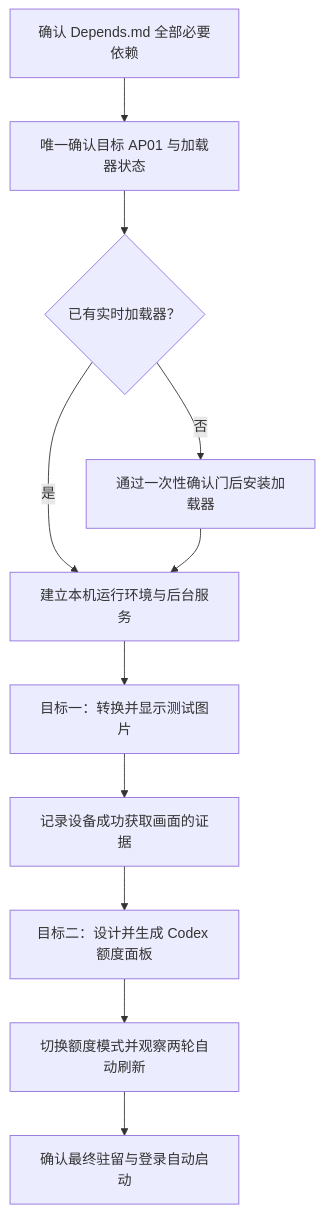
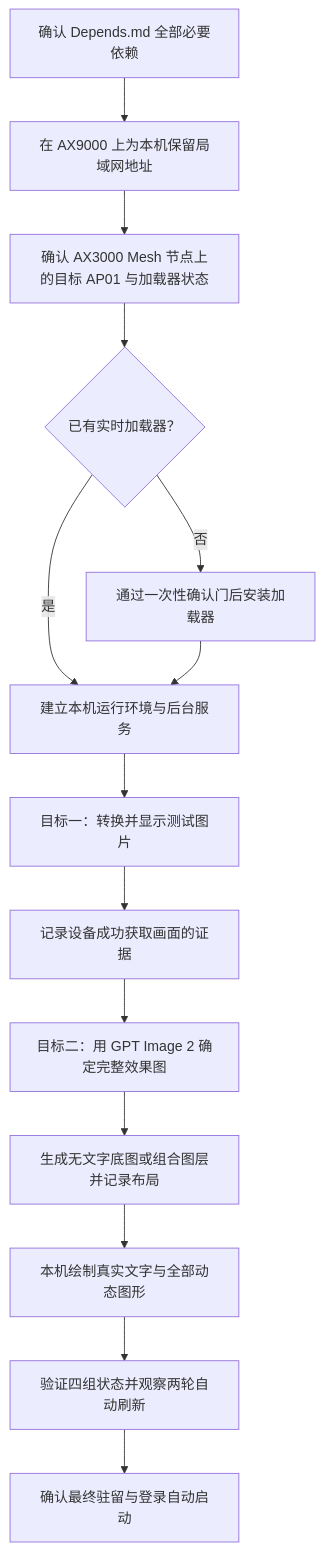
The diagram in Goal.md (andy-JustSayWhen/cuktech-screen-controller), drawn with Mermaid before and after one commit. The commit also changed other lines of this file and 1 other file, not shown here.

````diff
--- a/Goal.md
+++ b/Goal.md
@@ -73,13 +100,16 @@
 ```mermaid
 flowchart TD
-    A["确认 Depends.md 全部必要依赖"] --> B["唯一确认目标 AP01 与加载器状态"]
+    A["确认 Depends.md 全部必要依赖"] --> A1["在 AX9000 上为本机保留局域网地址"]
+    A1 --> B["确认 AX3000 Mesh 节点上的目标 AP01 与加载器状态"]
     B --> C{"已有实时加载器？"}
     C -->|"是"| E["建立本机运行环境与后台服务"]
     C -->|"否"| D["通过一次性确认门后安装加载器"]
     D --> E
     E --> F["目标一：转换并显示测试图片"]
     F --> G["记录设备成功获取画面的证据"]
-    G --> H["目标二：设计并生成 Codex 额度面板"]
-    H --> I["切换额度模式并观察两轮自动刷新"]
+    G --> H["目标二：用 GPT Image 2 确定完整效果图"]
+    H --> H1["生成无文字底图或组合图层并记录布局"]
+    H1 --> H2["本机绘制真实文字与全部动态图形"]
+    H2 --> I["验证四组状态并观察两轮自动刷新"]
     I --> J["确认最终驻留与登录自动启动"]
 ```
````
